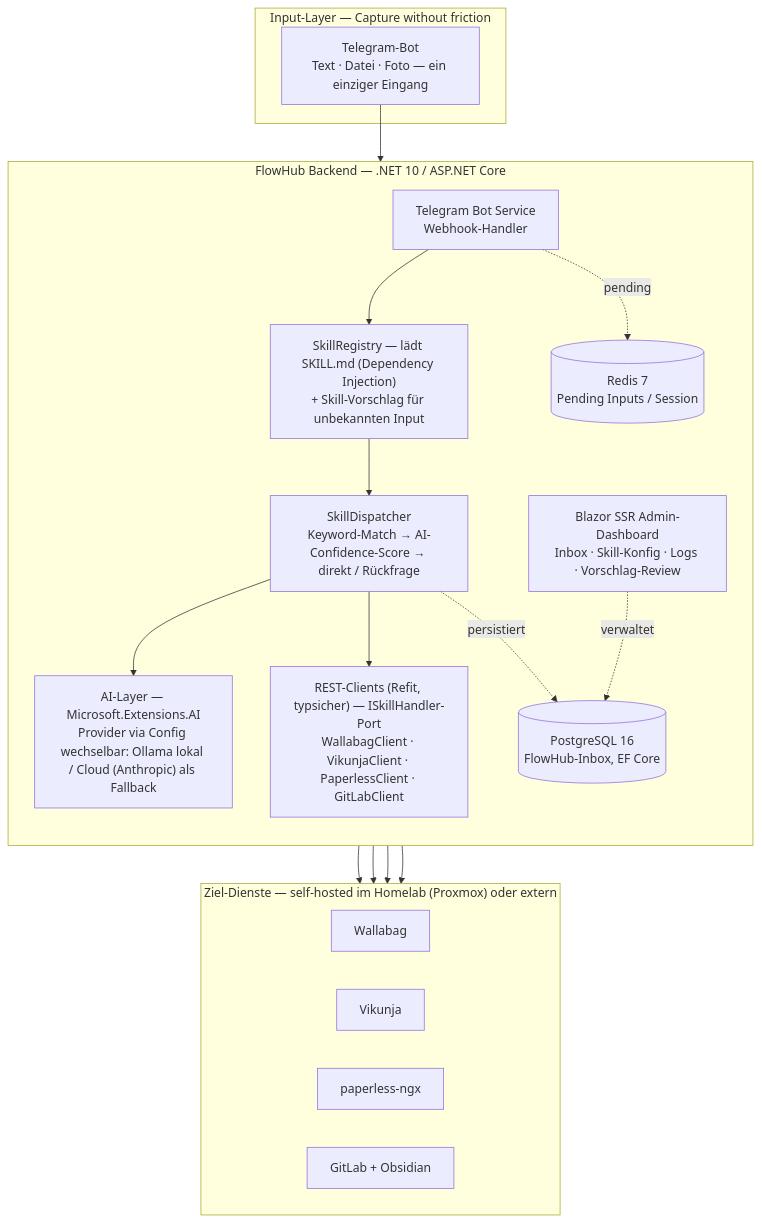
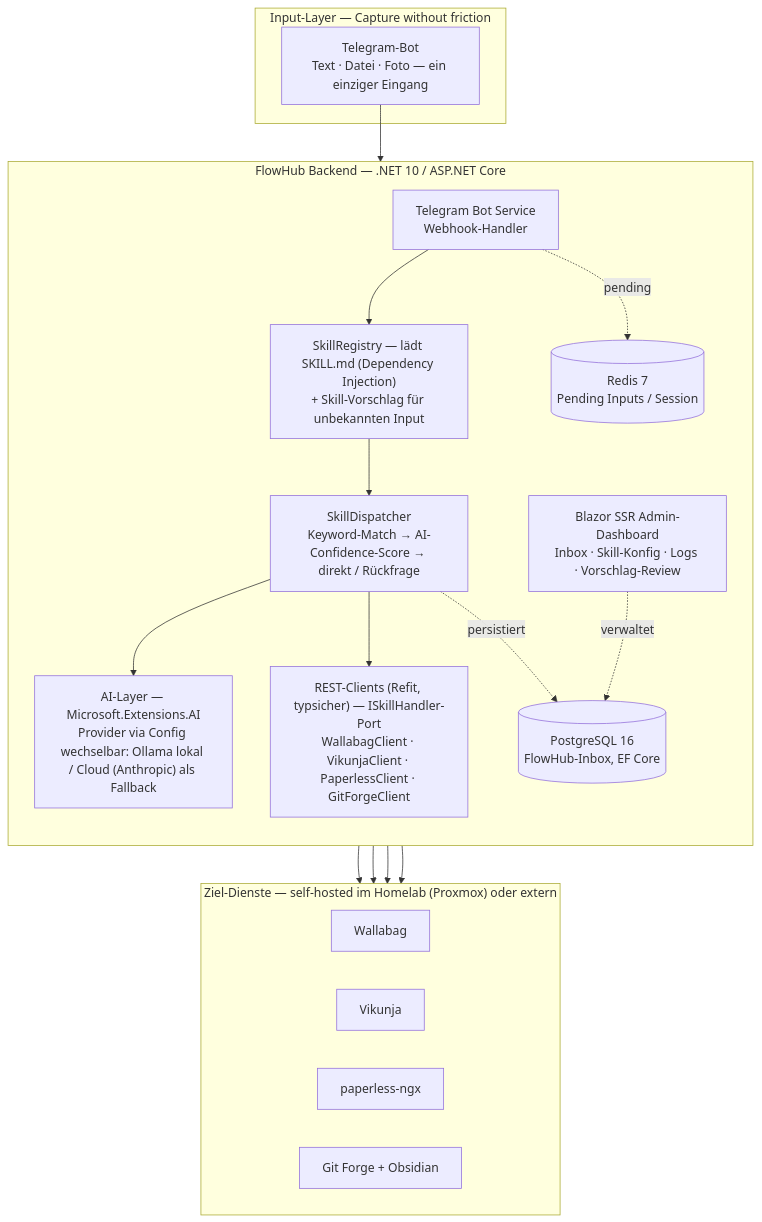
The second of 2 diagrams in docs/projektbeschreibung/FlowHub_Projektbeschreibung_v4.md (freaxnx01/FlowHub-CAS-AISE), drawn with Mermaid before and after one commit. The commit also changed other lines of this file and 4 other files, not shown here.

First line of the commit message:
docs: rename Wekan→Vikunja Kanban and GitLab→Git Forge in submission docs

````diff
--- a/docs/projektbeschreibung/FlowHub_Projektbeschreibung_v4.md
+++ b/docs/projektbeschreibung/FlowHub_Projektbeschreibung_v4.md
@@ -339,37 +339,37 @@
 ```mermaid
 flowchart TB
     subgraph IN["Input-Layer — Capture without friction"]
         TG["Telegram-Bot<br/>Text · Datei · Foto — ein einziger Eingang"]
     end
 
     subgraph BE["FlowHub Backend — .NET 10 / ASP.NET Core"]
         direction TB
         BOT["Telegram Bot Service<br/>Webhook-Handler"]
         REG["SkillRegistry — lädt SKILL.md (Dependency Injection)<br/>+ Skill-Vorschlag für unbekannten Input"]
         DISP["SkillDispatcher<br/>Keyword-Match → AI-Confidence-Score → direkt / Rückfrage"]
         AI["AI-Layer — Microsoft.Extensions.AI<br/>Provider via Config wechselbar: Ollama lokal / Cloud (Anthropic) als Fallback"]
-        RC["REST-Clients (Refit, typsicher) — ISkillHandler-Port<br/>WallabagClient · VikunjaClient · PaperlessClient · GitLabClient"]
+        RC["REST-Clients (Refit, typsicher) — ISkillHandler-Port<br/>WallabagClient · VikunjaClient · PaperlessClient · GitForgeClient"]
         WEB["Blazor SSR Admin-Dashboard<br/>Inbox · Skill-Konfig · Logs · Vorschlag-Review"]
         PG[("PostgreSQL 16<br/>FlowHub-Inbox, EF Core")]
         RD[("Redis 7<br/>Pending Inputs / Session")]
     end
 
     subgraph TGT["Ziel-Dienste — self-hosted im Homelab (Proxmox) oder extern"]
         direction LR
         WB["Wallabag"]
         VK["Vikunja"]
         PL["paperless-ngx"]
-        GL["GitLab + Obsidian"]
+        GL["Git Forge + Obsidian"]
     end
 
     TG --> BOT --> REG --> DISP
     DISP --> AI
     DISP --> RC
     RC --> WB
     RC --> VK
     RC --> PL
     RC --> GL
     DISP -. persistiert .-> PG
     BOT -. pending .-> RD
     WEB -. verwaltet .-> PG
 ```
````
